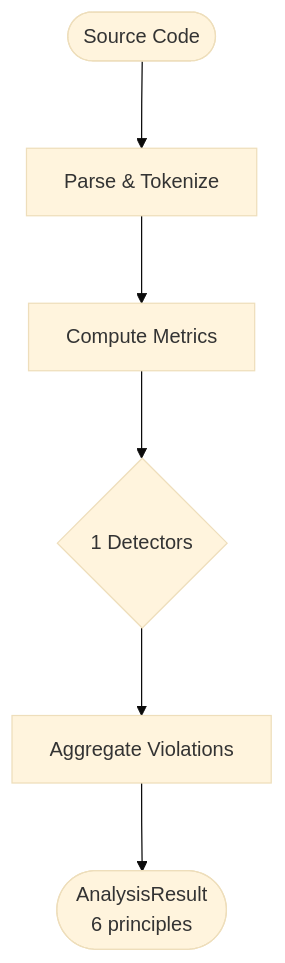
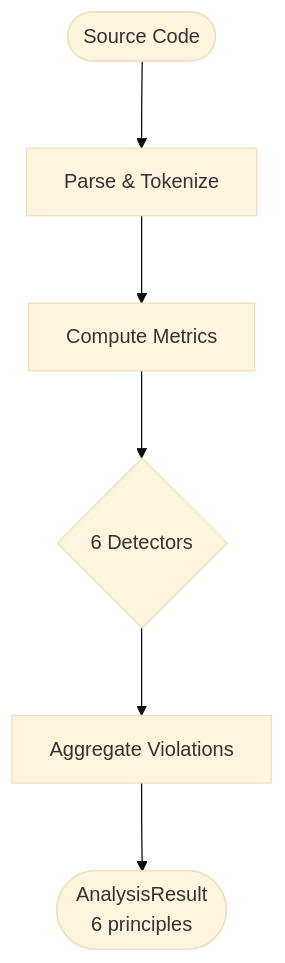
Before and after one commit to Anselmoo/mcp-zen-of-languages: the third of 4 diagrams in docs/user-guide/frameworks/sqlalchemy.md, drawn with Mermaid. The commit also changed other lines of this file and 41 other files, not shown here.

````diff
--- a/docs/user-guide/frameworks/sqlalchemy.md
+++ b/docs/user-guide/frameworks/sqlalchemy.md
@@ -164,9 +204,9 @@
     ```mermaid
     %%{init: {"theme": "base", "flowchart": {"useMaxWidth": false, "htmlLabels": true, "nodeSpacing": 50, "rankSpacing": 70}}}%%
     flowchart TD
     Source(["Source Code"]) --> Parse["Parse & Tokenize"]
     Parse --> Metrics["Compute Metrics"]
-    Metrics --> Pipeline{"1 Detectors"}
+    Metrics --> Pipeline{"6 Detectors"}
     Pipeline --> Collect["Aggregate Violations"]
     Collect --> Result(["AnalysisResult<br/>6 principles"])
     ```
````
